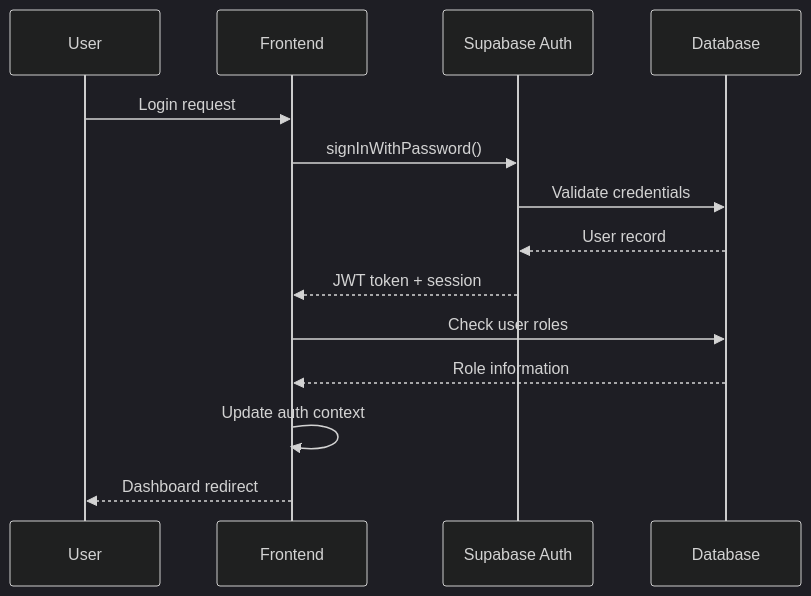
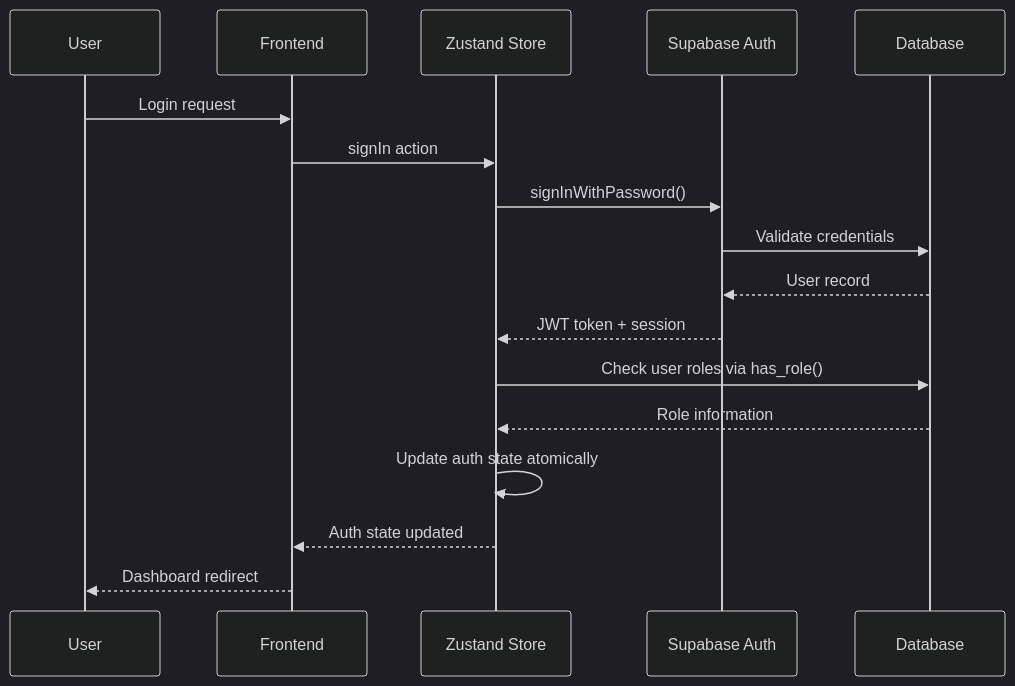
One commit to tasyymou5e/chatterbox changed the diagram in ARCHITECTURE_DOCUMENTATION.md. Above: the diagram before and after it, drawn with Mermaid (dark theme). The commit also changed other lines of this file and 9 other files, not shown here.

````diff
--- a/ARCHITECTURE_DOCUMENTATION.md
+++ b/ARCHITECTURE_DOCUMENTATION.md
@@ -138,17 +151,20 @@
 ```mermaid
 sequenceDiagram
     participant U as User
     participant F as Frontend
+    participant Z as Zustand Store
     participant S as Supabase Auth
     participant D as Database
 
     U->>F: Login request
-    F->>S: signInWithPassword()
+    F->>Z: signIn action
+    Z->>S: signInWithPassword()
     S->>D: Validate credentials
     D-->>S: User record
-    S-->>F: JWT token + session
-    F->>D: Check user roles
-    D-->>F: Role information
-    F->>F: Update auth context
+    S-->>Z: JWT token + session
+    Z->>D: Check user roles via has_role()
+    D-->>Z: Role information
+    Z->>Z: Update auth state atomically
+    Z-->>F: Auth state updated
     F-->>U: Dashboard redirect
 ```
````
